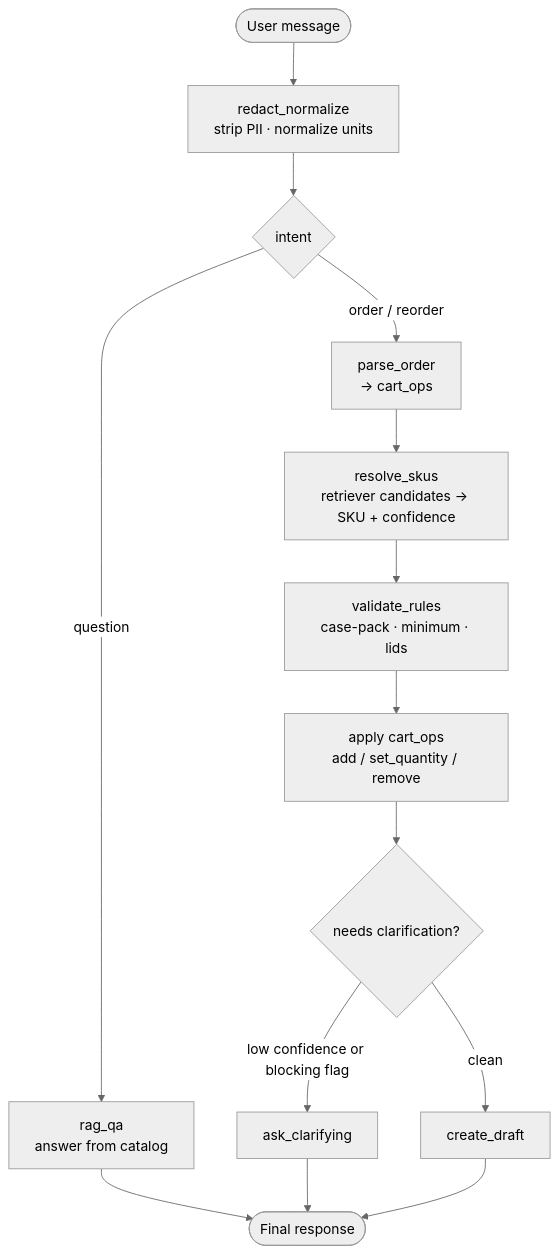
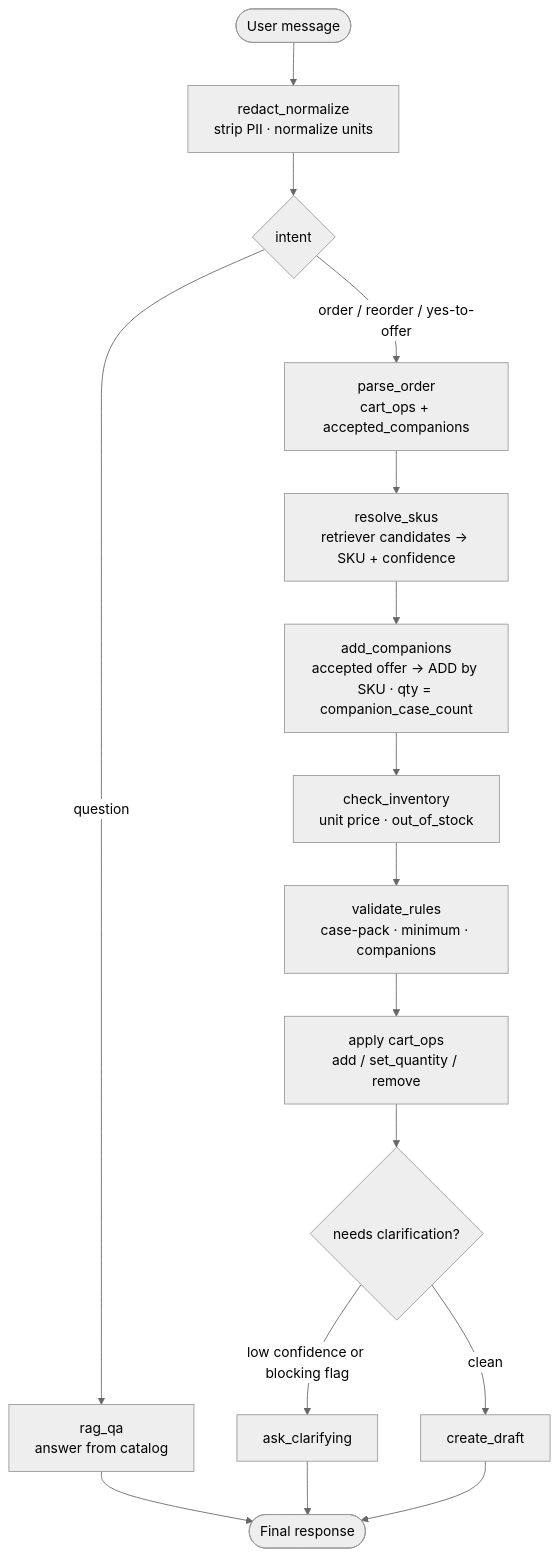
One commit to caige13/wholesale-agent changed the diagram in README.md. Above: the diagram before and after it, drawn with Mermaid (neutral theme). The commit also changed other lines of this file and 43 other files, not shown here.

````diff
--- a/README.md
+++ b/README.md
@@ -60,16 +61,18 @@
 ```mermaid
 graph TD
     START([User message]) --> redact[redact_normalize<br/>strip PII · normalize units]
     redact --> intent{intent}
     intent -->|question| ragqa[rag_qa<br/>answer from catalog]
-    intent -->|order / reorder| parse[parse_order<br/>-> cart_ops]
+    intent -->|order / reorder / yes-to-offer| parse[parse_order<br/>cart_ops + accepted_companions]
     parse --> resolve[resolve_skus<br/>retriever candidates -> SKU + confidence]
-    resolve --> validate[validate_rules<br/>case-pack · minimum · lids]
+    resolve --> companions[add_companions<br/>accepted offer -> ADD by SKU · qty = companion_case_count]
+    companions --> inv[check_inventory<br/>unit price · out_of_stock]
+    inv --> validate[validate_rules<br/>case-pack · minimum · companions]
     validate --> apply[apply cart_ops<br/>add / set_quantity / remove]
     apply --> gate{needs clarification?}
     gate -->|low confidence or blocking flag| clarify[ask_clarifying]
     gate -->|clean| draft[create_draft]
     ragqa --> done([Final response])
     clarify --> done
     draft --> done
 ```
````
